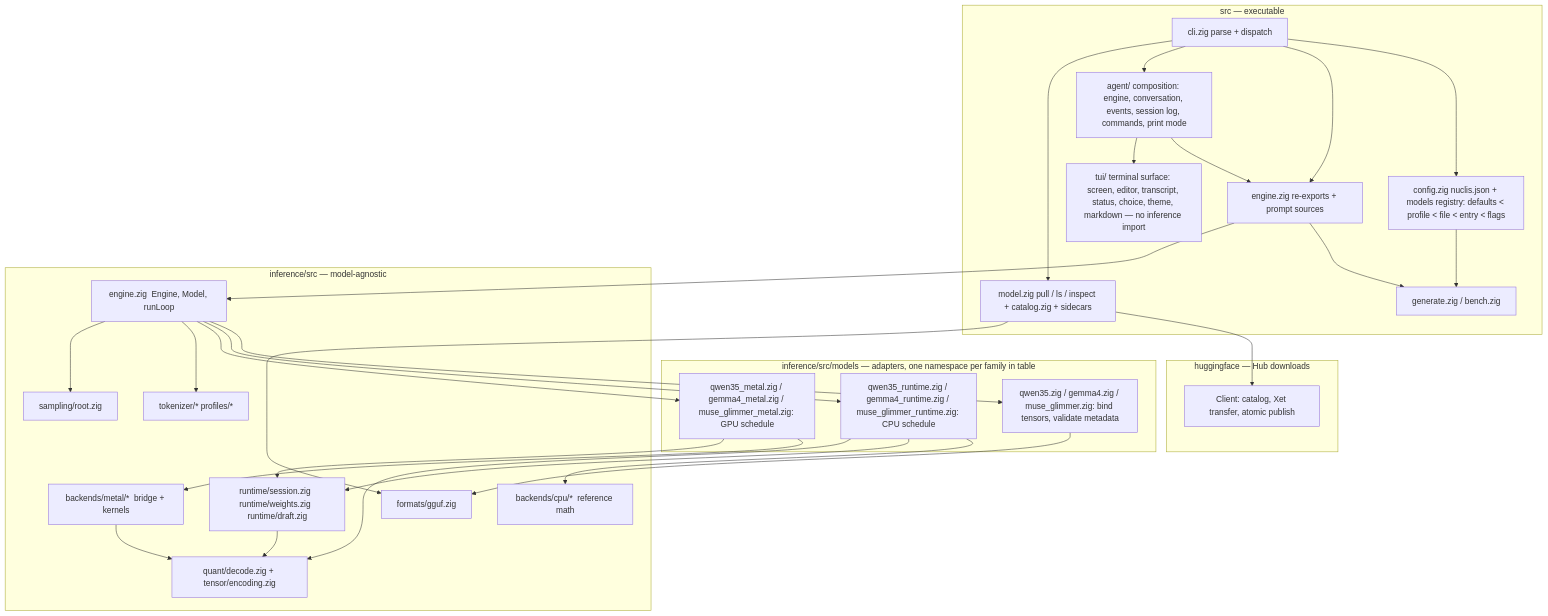
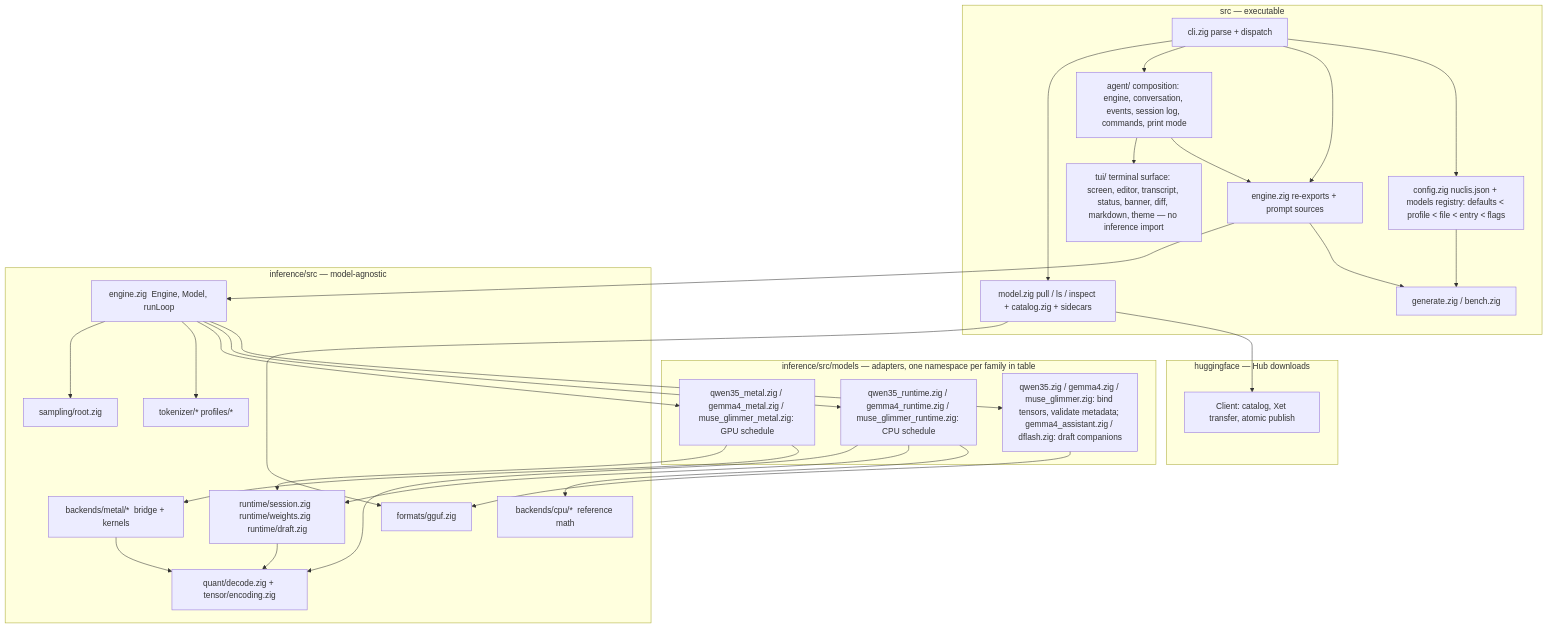
The second of 10 diagrams in docs/architecture.md (tildaslashalef/nuclis), drawn with Mermaid before and after one commit. The commit also changed other lines of this file and 7 other files, not shown here.

Commit message:
docs(repo): the architecture guide follows the KV cache end to end; the inference guide rewritten as one narrative (REPO-12)

````diff
--- a/docs/architecture.md
+++ b/docs/architecture.md
@@ -72,54 +80,54 @@
 ```mermaid
 flowchart TB
     subgraph exe [src — executable]
         cli[cli.zig parse + dispatch]
         config[config.zig nuclis.json + models registry: defaults < profile < file < entry < flags]
-        tui[tui/ terminal surface: screen, editor, transcript, status, choice, theme, markdown — no inference import]
+        tui[tui/ terminal surface: screen, editor, transcript, status, banner, diff, markdown, theme — no inference import]
         agent[agent/ composition: engine, conversation, events, session log, commands, print mode]
         engine[engine.zig re-exports + prompt sources]
         gen[generate.zig / bench.zig]
         model[model.zig pull / ls / inspect + catalog.zig + sidecars]
     end
     subgraph hfpkg [huggingface — Hub downloads]
         hf[Client: catalog, Xet transfer, atomic publish]
     end
     subgraph models [inference/src/models — adapters, one namespace per family in table]
-        bind[qwen35.zig / gemma4.zig / muse_glimmer.zig: bind tensors, validate metadata]
+        bind[qwen35.zig / gemma4.zig / muse_glimmer.zig: bind tensors, validate metadata; gemma4_assistant.zig / dflash.zig: draft companions]
         rt[qwen35_runtime.zig / gemma4_runtime.zig / muse_glimmer_runtime.zig: CPU schedule]
         plan[qwen35_metal.zig / gemma4_metal.zig / muse_glimmer_metal.zig: GPU schedule]
     end
     subgraph shared [inference/src — model-agnostic]
         gguf[formats/gguf.zig]
         quant[quant/decode.zig + tensor/encoding.zig]
         tok[tokenizer/*  profiles/*]
         sess[runtime/session.zig  runtime/weights.zig  runtime/draft.zig]
         eng[engine.zig  Engine, Model, runLoop]
         samp[sampling/root.zig]
         cpu[backends/cpu/*  reference math]
         metal[backends/metal/*  bridge + kernels]
     end
     cli --> config
     cli --> engine
     cli --> agent
     cli --> model
     model --> hf
     model --> gguf
     config --> gen
     agent --> engine
     agent --> tui
     engine --> gen
     engine --> eng
     eng --> bind
     eng --> rt
     eng --> plan
     eng --> tok
     eng --> samp
     bind --> gguf
     rt --> cpu
     rt --> sess
     rt --> quant
     plan --> metal
     plan --> sess
     metal --> quant
     sess --> quant
 ```
````
